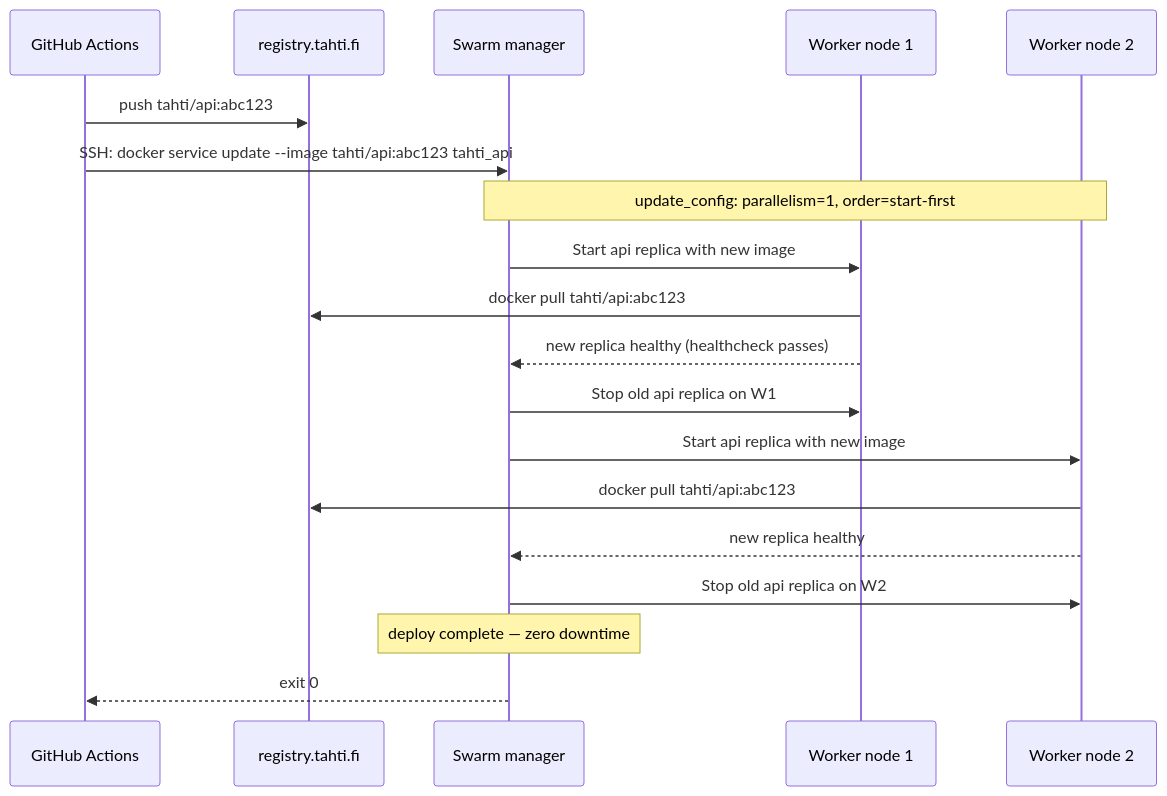
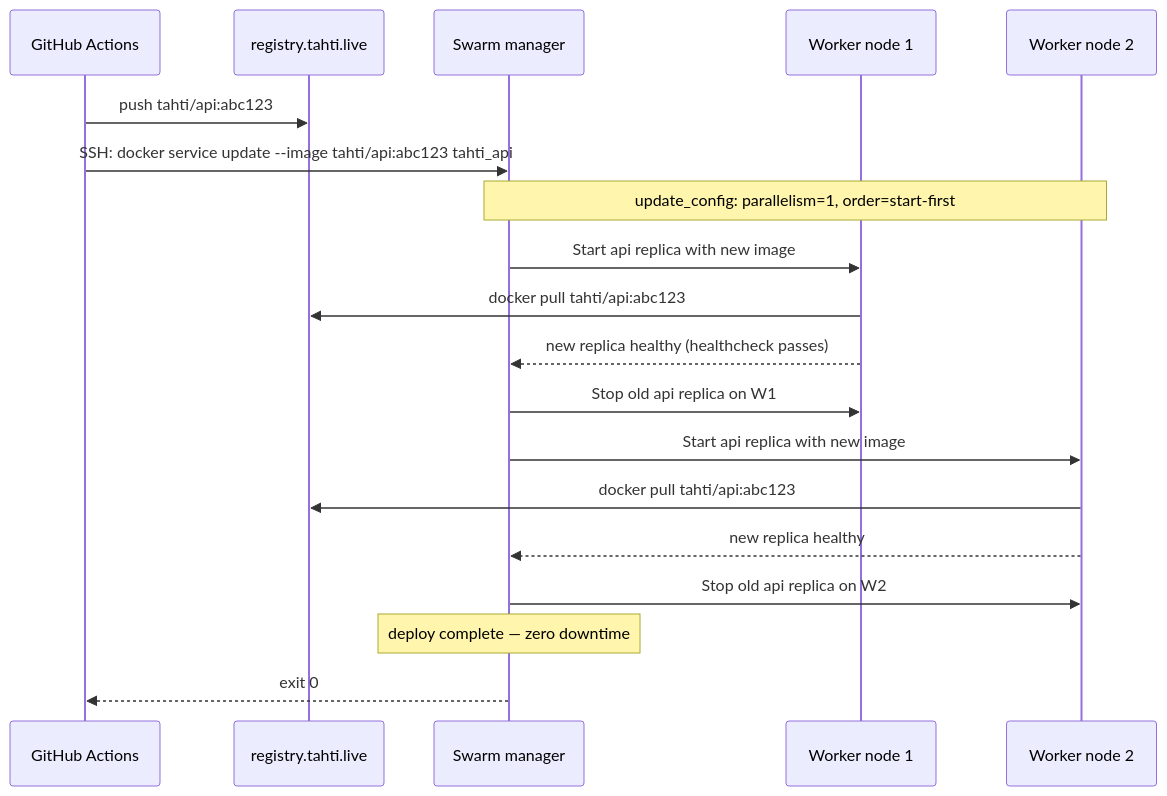
The third of 3 diagrams in docs/technical/phase-5.md (janiluuk/tahti-org), drawn with Mermaid before and after one commit. The commit also changed other lines of this file and 148 other files, not shown here.

First line of the commit message:
feat(m10): member governance, chat polish, domain rename to tahti.live

````diff
--- a/docs/technical/phase-5.md
+++ b/docs/technical/phase-5.md
@@ -91,26 +91,26 @@
 ```mermaid
 sequenceDiagram
     participant CI as GitHub Actions
-    participant Reg as registry.tahti.fi
+    participant Reg as registry.tahti.live
     participant MGR as Swarm manager
     participant W1 as Worker node 1
     participant W2 as Worker node 2
 
     CI->>Reg: push tahti/api:abc123
     CI->>MGR: SSH: docker service update --image tahti/api:abc123 tahti_api
 
     Note over MGR,W2: update_config: parallelism=1, order=start-first
 
     MGR->>W1: Start api replica with new image
     W1->>Reg: docker pull tahti/api:abc123
     W1-->>MGR: new replica healthy (healthcheck passes)
     MGR->>W1: Stop old api replica on W1
 
     MGR->>W2: Start api replica with new image
     W2->>Reg: docker pull tahti/api:abc123
     W2-->>MGR: new replica healthy
     MGR->>W2: Stop old api replica on W2
 
     Note over MGR: deploy complete — zero downtime
     MGR-->>CI: exit 0
 ```
````
